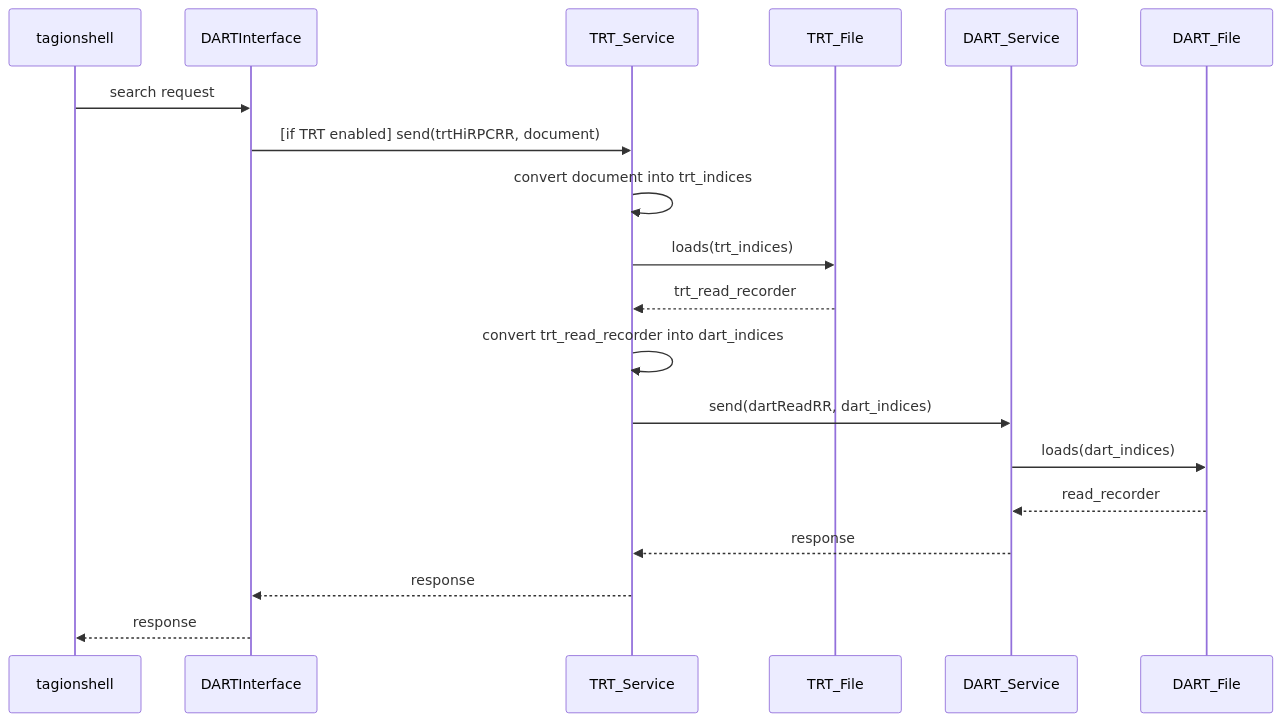
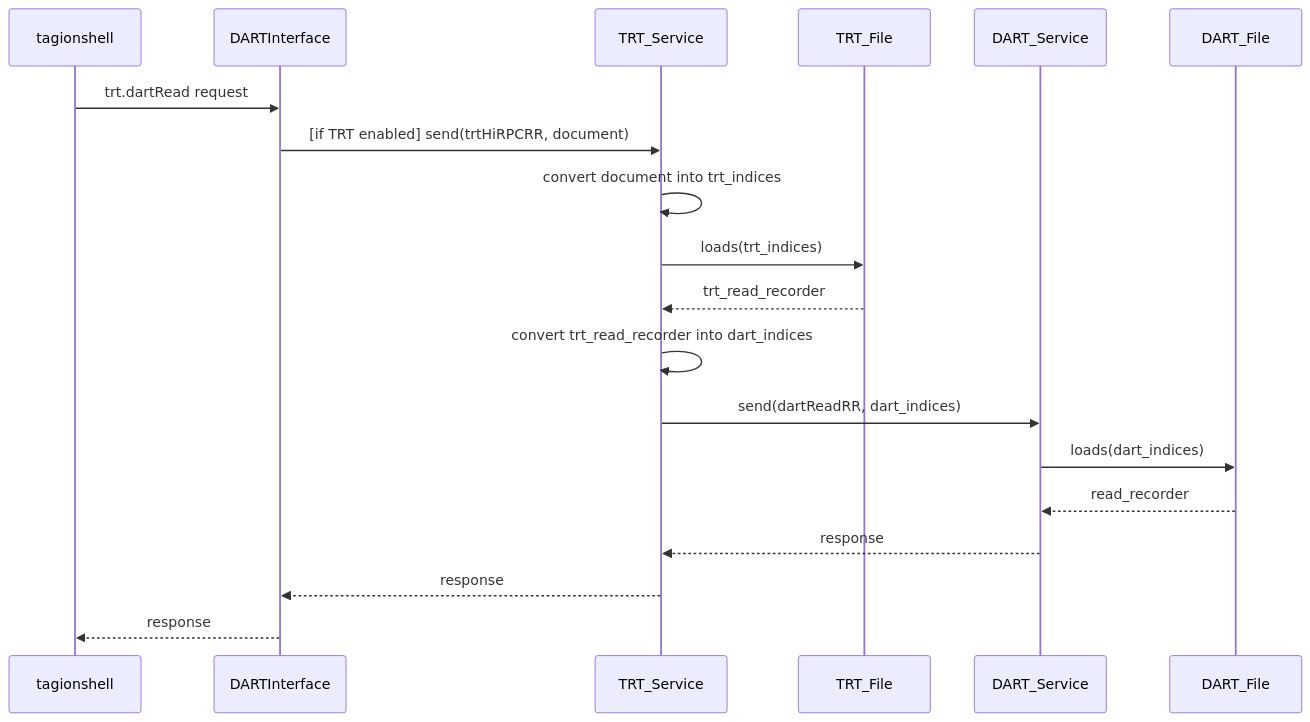
The second of 2 diagrams in docs/docs/architecture/TRT.md (tagion/tagion), drawn with Mermaid before and after one commit. The commit also changed 2 other files, not shown here.

Commit message:
doc: remove reference to search request

````diff
--- a/docs/docs/architecture/TRT.md
+++ b/docs/docs/architecture/TRT.md
@@ -52,21 +52,21 @@
 ```mermaid
 sequenceDiagram
     participant tagionshell
     participant DARTInterface
     participant TRT_Service
     participant TRT_File
     participant DART_Service
     participant DART_File
-    tagionshell ->> DARTInterface: search request
+    tagionshell ->> DARTInterface: trt.dartRead request
     DARTInterface ->> TRT_Service: [if TRT enabled] send(trtHiRPCRR, document)
     TRT_Service ->> TRT_Service: convert document into trt_indices
     TRT_Service ->> TRT_File: loads(trt_indices)
     TRT_File -->> TRT_Service: trt_read_recorder
     TRT_Service ->> TRT_Service: convert trt_read_recorder into dart_indices
     TRT_Service ->> DART_Service: send(dartReadRR, dart_indices)
     DART_Service ->> DART_File: loads(dart_indices)
     DART_File -->> DART_Service: read_recorder
     DART_Service -->> TRT_Service: response
     TRT_Service -->> DARTInterface: response
     DARTInterface -->> tagionshell: response
 ```
````
